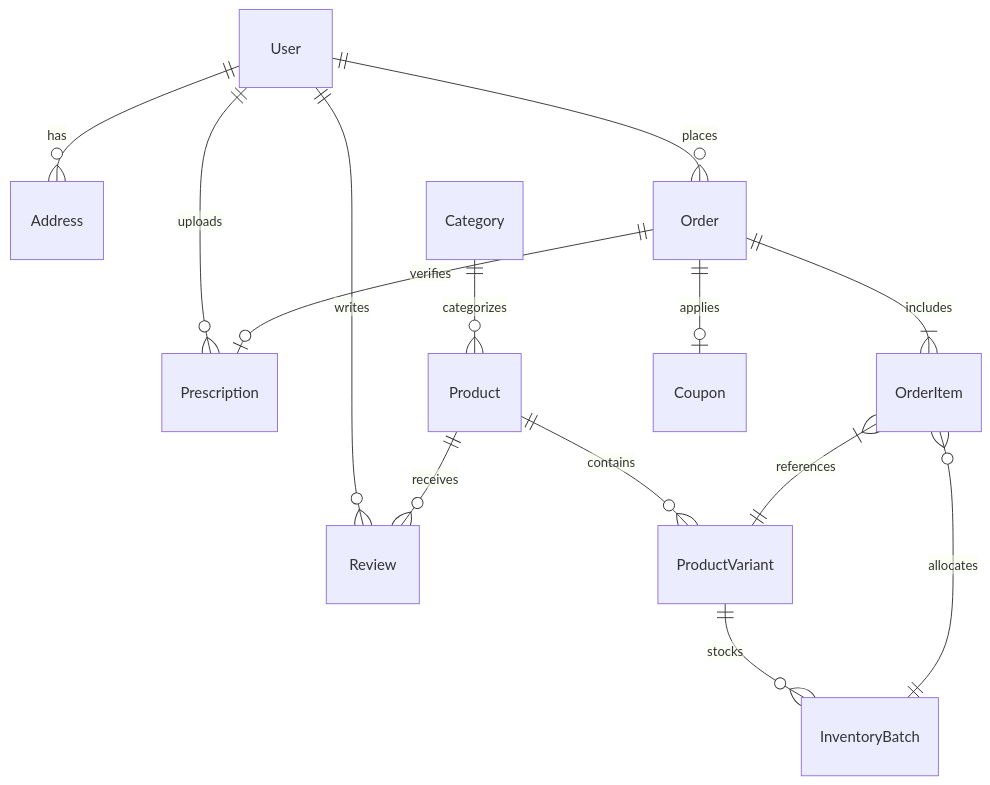
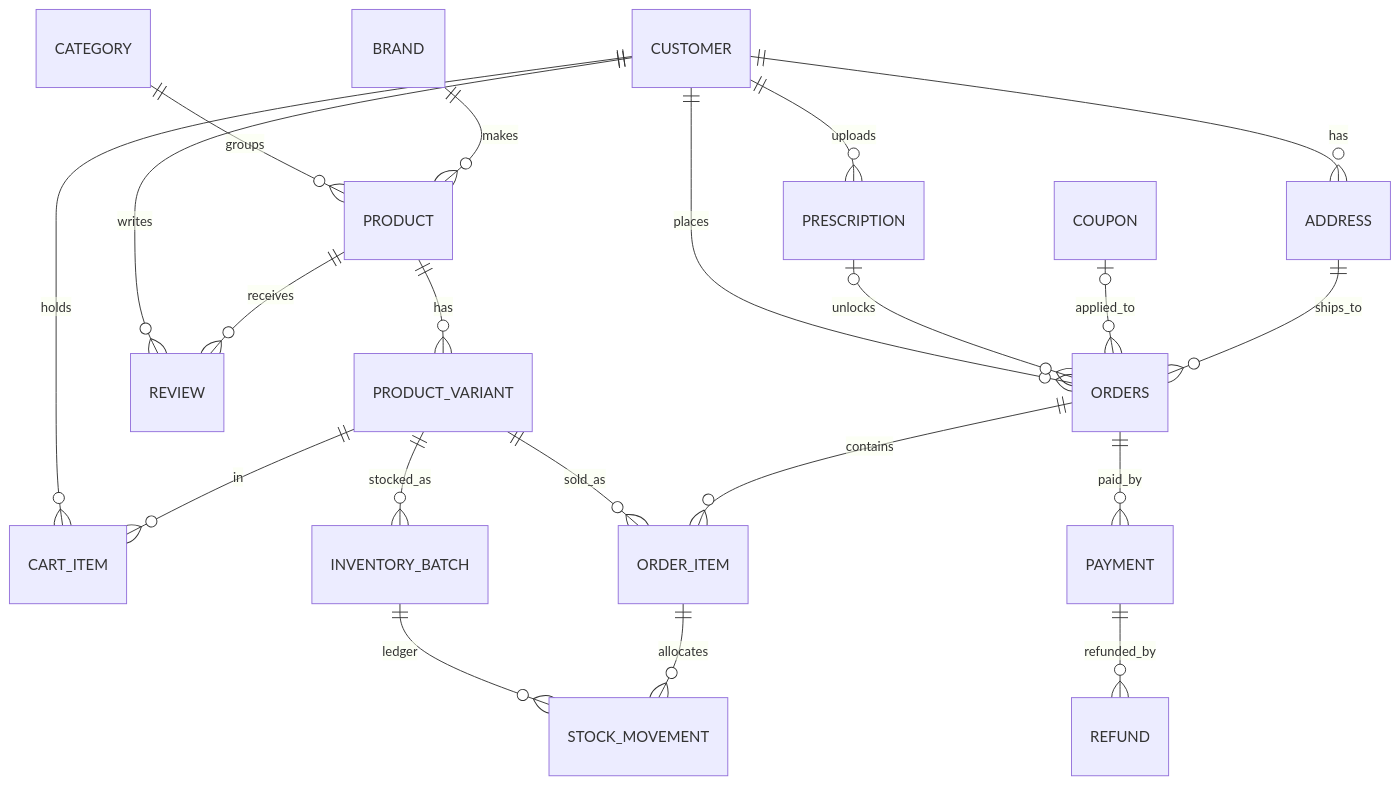
One commit to Aamod007/Medico changed the second of 2 diagrams in docs/DATABASE.md. Above: the diagram before and after it, drawn with Mermaid. The commit also changed other lines of this file and 5 other files, not shown here.

Commit message:
feat(database): apply phase 1 regulatory schema, enforce rx gate trigger, and harden cleanup job

````diff
--- a/docs/DATABASE.md
+++ b/docs/DATABASE.md
@@ -9,20 +45,23 @@
 ```mermaid
 erDiagram
-    User ||--o{ Address : has
-    User ||--o{ Order : places
-    User ||--o{ Prescription : uploads
-    User ||--o{ Review : writes
-    
-    Category ||--o{ Product : categorizes
-    Product ||--o{ ProductVariant : contains
-    ProductVariant ||--o{ InventoryBatch : stocks
-    
-    Order ||--|{ OrderItem : includes
-    OrderItem }|--|| ProductVariant : references
-    OrderItem }o--|| InventoryBatch : allocates
-    
-    Order ||--o| Prescription : verifies
-    Order ||--o| Coupon : applies
-    
-    Product ||--o{ Review : receives
+  CUSTOMER ||--o{ ADDRESS : has
+  CUSTOMER ||--o{ CART_ITEM : holds
+  CUSTOMER ||--o{ ORDERS : places
+  CUSTOMER ||--o{ PRESCRIPTION : uploads
+  CUSTOMER ||--o{ REVIEW : writes
+  CATEGORY ||--o{ PRODUCT : groups
+  BRAND ||--o{ PRODUCT : makes
+  PRODUCT ||--o{ PRODUCT_VARIANT : has
+  PRODUCT ||--o{ REVIEW : receives
+  PRODUCT_VARIANT ||--o{ INVENTORY_BATCH : stocked_as
+  PRODUCT_VARIANT ||--o{ CART_ITEM : in
+  PRODUCT_VARIANT ||--o{ ORDER_ITEM : sold_as
+  INVENTORY_BATCH ||--o{ STOCK_MOVEMENT : ledger
+  ORDERS ||--o{ ORDER_ITEM : contains
+  ORDER_ITEM ||--o{ STOCK_MOVEMENT : allocates
+  ORDERS ||--o{ PAYMENT : paid_by
+  PAYMENT ||--o{ REFUND : refunded_by
+  PRESCRIPTION |o--o{ ORDERS : unlocks
+  COUPON |o--o{ ORDERS : applied_to
+  ADDRESS ||--o{ ORDERS : ships_to
 ```
````
